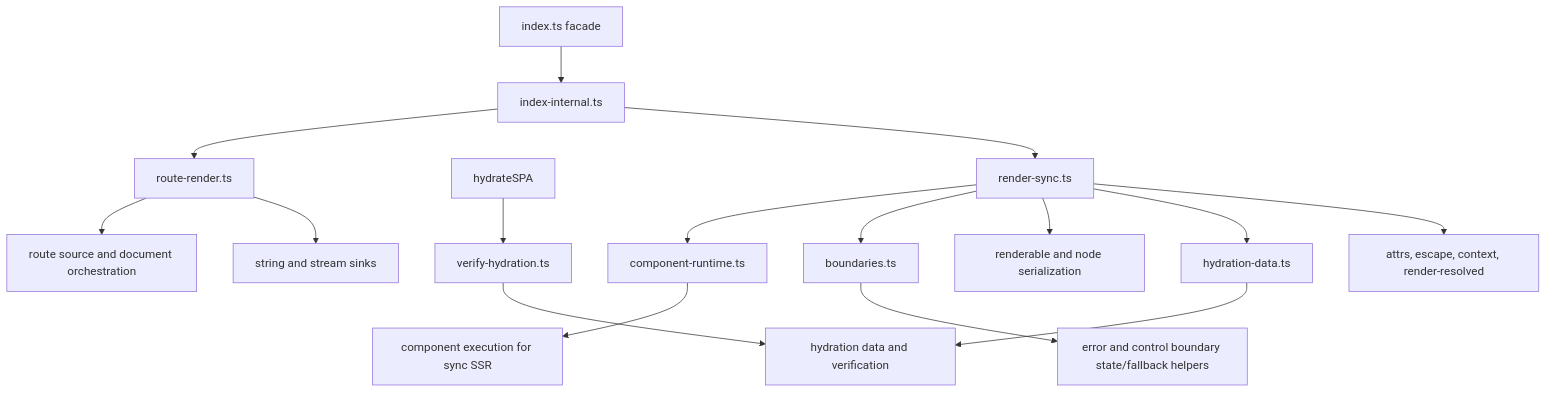
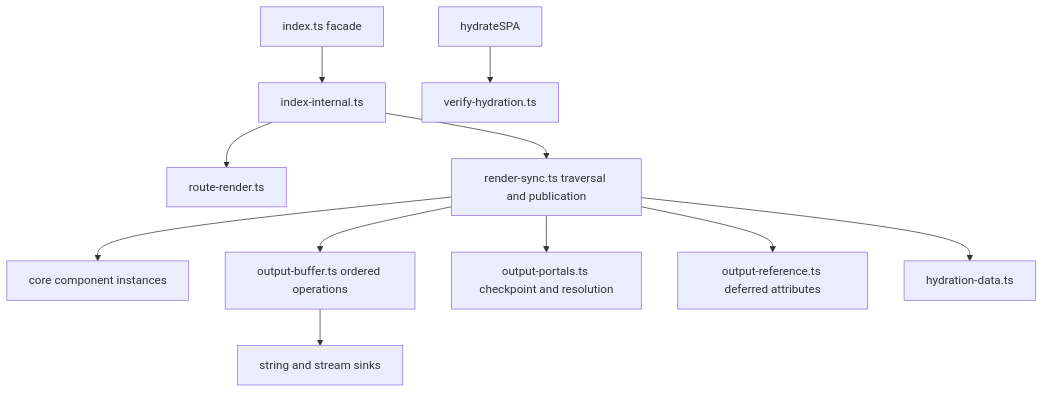
One commit to askrjs/askr changed the third of 7 diagrams in docs/internals/ssr-ssg-pipeline.md. Above: the diagram before and after it, drawn with Mermaid. The commit also changed other lines of this file and 7 other files, not shown here.

Commit message:
refactor(ssr): isolate buffered output and portal finalization (#761)

````diff
--- a/docs/internals/ssr-ssg-pipeline.md
+++ b/docs/internals/ssr-ssg-pipeline.md
@@ -93,35 +106,26 @@
 ```mermaid
 flowchart TB
   facade[index.ts facade]
+  internal[index-internal.ts]
   routeRender[route-render.ts]
-  internal[index-internal.ts]
+  renderSync[render-sync.ts traversal and publication]
+  components[core component instances]
+  buffers[output-buffer.ts ordered operations]
+  portals[output-portals.ts checkpoint and resolution]
+  references[output-reference.ts deferred attributes]
+  hydrationData[hydration-data.ts]
   boot[hydrateSPA]
-  renderSync[render-sync.ts]
-  hydrationData[hydration-data.ts]
-  hydrationVerify[verify-hydration.ts]
-  boundaries[boundaries.ts]
-  componentRuntime[component-runtime.ts]
-  serialize[renderable and node serialization]
-  controls[error and control boundary state/fallback helpers]
-  components[component execution for sync SSR]
-  hydration[hydration data and verification]
-  routes[route source and document orchestration]
+  verification[verify-hydration.ts]
   sinks[string and stream sinks]
-  helpers[attrs, escape, context, render-resolved]
 
   facade --> internal
   internal --> routeRender
   internal --> renderSync
-  boot --> hydrationVerify
-  renderSync --> componentRuntime
-  renderSync --> boundaries
-  renderSync --> serialize
+  renderSync --> components
+  renderSync --> buffers
+  renderSync --> portals
+  renderSync --> references
   renderSync --> hydrationData
-  boundaries --> controls
-  componentRuntime --> components
-  hydrationData --> hydration
-  hydrationVerify --> hydration
-  routeRender --> routes
-  routeRender --> sinks
-  renderSync --> helpers
+  buffers --> sinks
+  boot --> verification
 ```
````
